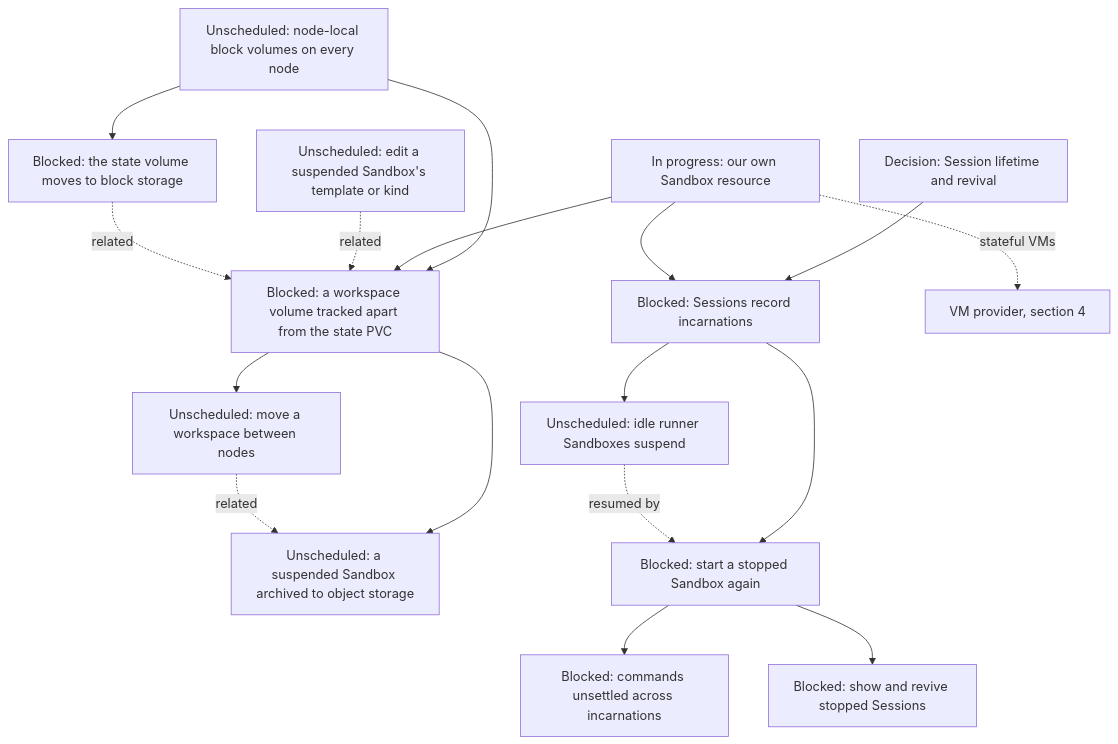
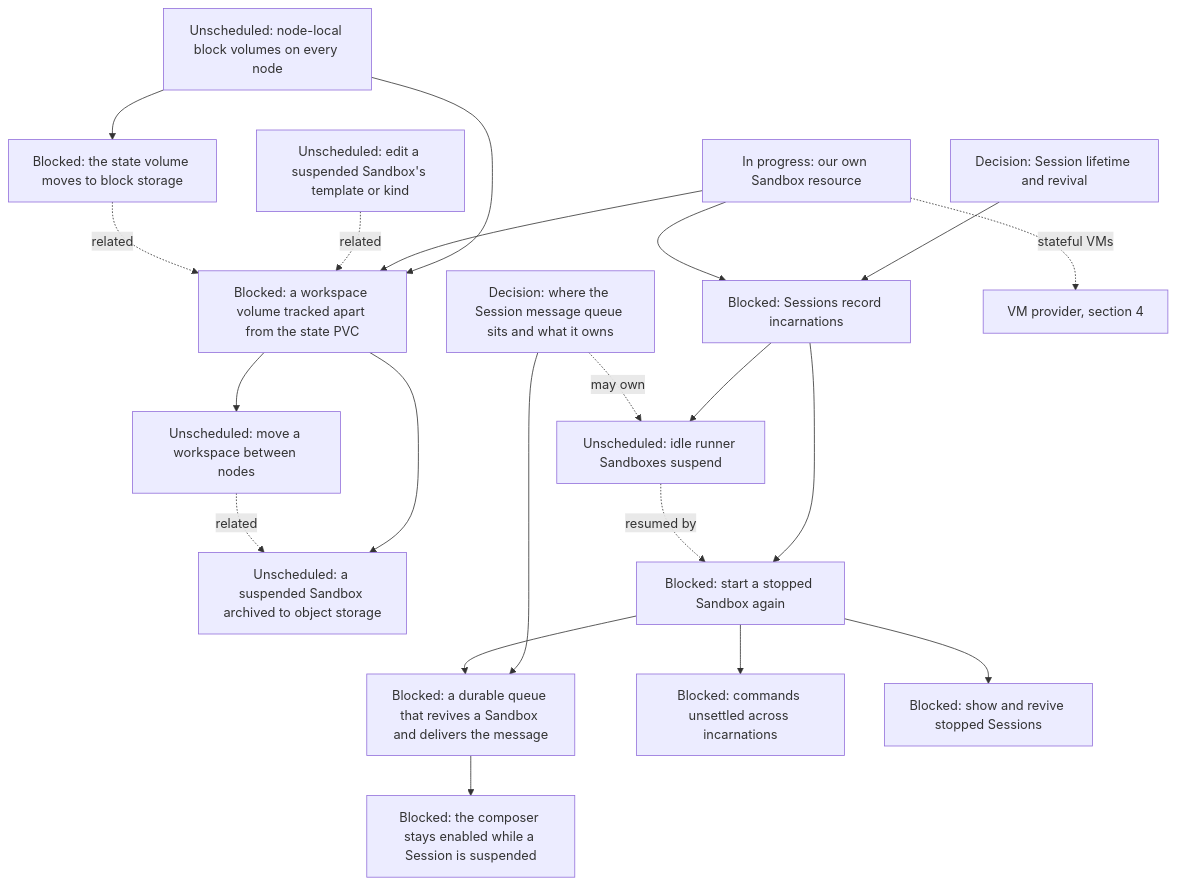
The ninth of 15 diagrams in agentplane/plans/task_dag.md (agentydragon/ducktape), drawn with Mermaid before and after one commit. The commit also changed other lines of this file, not shown here.

First line of the commit message:
agentplane: add the Session message queue nodes to the task DAG

````diff
--- a/agentplane/plans/task_dag.md
+++ b/agentplane/plans/task_dag.md
@@ -663,32 +663,39 @@
 ```mermaid
 flowchart TD
     DURABLE_SESSION_LIFECYCLE[Decision: Session lifetime and revival]
     STATE_VOLUME_BLOCK[Blocked: the state volume moves to block storage]
     NODE_LOCAL_BLOCK_STORAGE[Unscheduled: node-local block volumes on every node]
     WORKSPACE_VOLUME[Blocked: a workspace volume tracked apart from the state PVC]
     SANDBOX_SPEC_EDIT[Unscheduled: edit a suspended Sandbox's template or kind]
     WORKSPACE_NODE_PORTABILITY[Unscheduled: move a workspace between nodes]
     SANDBOX_ARCHIVE[Unscheduled: a suspended Sandbox archived to object storage]
     AGENTPLANE_SANDBOX_RESOURCE[In progress: our own Sandbox resource]
     SESSION_INCARNATIONS[Blocked: Sessions record incarnations]
     SESSION_REVIVE[Blocked: start a stopped Sandbox again]
+    SESSION_QUEUE_DESIGN[Decision: where the Session message queue sits and what it owns]
+    SESSION_MESSAGE_QUEUE[Blocked: a durable queue that revives a Sandbox and delivers the message]
+    SUSPENDED_COMPOSER[Blocked: the composer stays enabled while a Session is suspended]
     THREAD_SUCCESSOR_DELIVERY[Blocked: commands unsettled across incarnations]
     HOSTED_THREAD_SURFACES[Blocked: show and revive stopped Sessions]
     VM_PROVIDER[VM provider, section 4]
     DURABLE_SESSION_LIFECYCLE --> SESSION_INCARNATIONS
     NODE_LOCAL_BLOCK_STORAGE --> STATE_VOLUME_BLOCK
     NODE_LOCAL_BLOCK_STORAGE --> WORKSPACE_VOLUME
     AGENTPLANE_SANDBOX_RESOURCE --> WORKSPACE_VOLUME
     WORKSPACE_VOLUME --> WORKSPACE_NODE_PORTABILITY
     WORKSPACE_VOLUME --> SANDBOX_ARCHIVE
     WORKSPACE_NODE_PORTABILITY -. related .-> SANDBOX_ARCHIVE
     SANDBOX_SPEC_EDIT -. related .-> WORKSPACE_VOLUME
     STATE_VOLUME_BLOCK -. related .-> WORKSPACE_VOLUME
     AGENTPLANE_SANDBOX_RESOURCE --> SESSION_INCARNATIONS
     AGENTPLANE_SANDBOX_RESOURCE -. stateful VMs .-> VM_PROVIDER
     SESSION_INCARNATIONS --> SESSION_REVIVE
     SESSION_INCARNATIONS --> SANDBOX_IDLE_EXPIRY[Unscheduled: idle runner Sandboxes suspend]
     SANDBOX_IDLE_EXPIRY -. resumed by .-> SESSION_REVIVE
+    SESSION_QUEUE_DESIGN --> SESSION_MESSAGE_QUEUE
+    SESSION_REVIVE --> SESSION_MESSAGE_QUEUE
+    SESSION_MESSAGE_QUEUE --> SUSPENDED_COMPOSER
+    SESSION_QUEUE_DESIGN -. may own .-> SANDBOX_IDLE_EXPIRY
     SESSION_REVIVE --> THREAD_SUCCESSOR_DELIVERY
     SESSION_REVIVE --> HOSTED_THREAD_SURFACES
 ```
````
